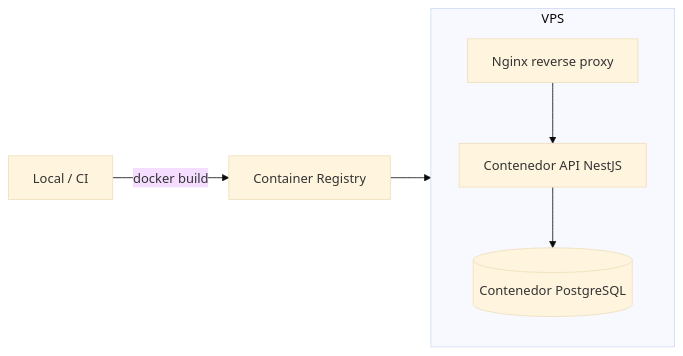
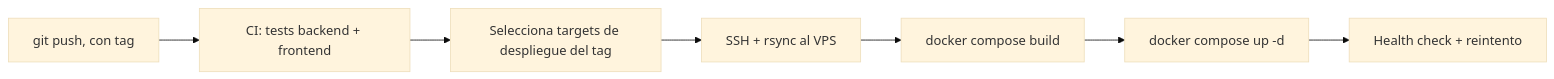
Before and after one commit to JJ-Dev18/portafolio2026: the third of 3 diagrams in content/es/pages/engineering.mdx, drawn with Mermaid (base theme). The commit also changed other lines of this file and 15 other files, not shown here.

````diff
--- a/content/es/pages/engineering.mdx
+++ b/content/es/pages/engineering.mdx
@@ -64,9 +70,9 @@
 ```mermaid
 flowchart LR
-  Dev[Local / CI] -->|docker build| Registry[Container Registry]
-  Registry --> VPS[DigitalOcean VPS]
-  subgraph VPS
-    Nginx[Nginx reverse proxy] --> API2[Contenedor API NestJS]
-    API2 --> PG[(Contenedor PostgreSQL)]
-  end
+  Dev[git push, con tag] --> Test[CI: tests backend + frontend]
+  Test --> Flags[Selecciona targets de despliegue del tag]
+  Flags --> SSH[SSH + rsync al VPS]
+  SSH --> Build[docker compose build]
+  Build --> Up[docker compose up -d]
+  Up --> Health[Health check + reintento]
 ```
````
